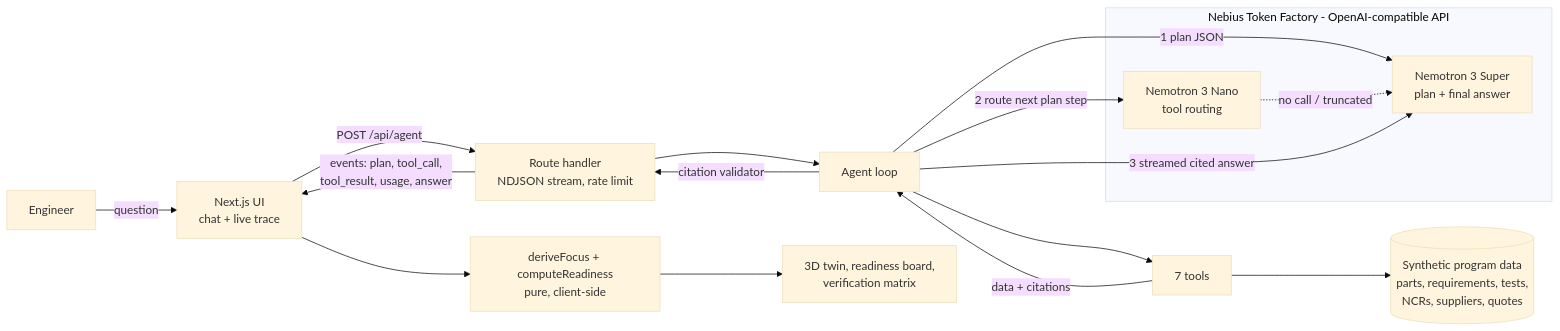
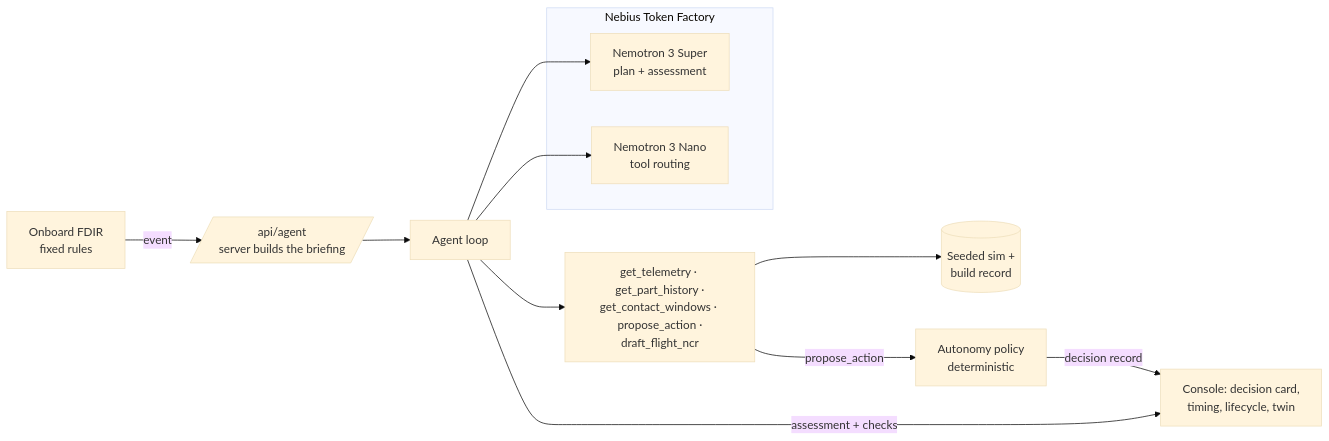
One commit to geobond13/SpaceGrade-Orbital changed the diagram in README.md. Above: the diagram before and after it, drawn with Mermaid (base theme). The commit also changed other lines of this file and 39 other files, not shown here.

````diff
--- a/README.md
+++ b/README.md
@@ -34,24 +53,16 @@
 ```mermaid
 flowchart LR
-  U[Engineer] -->|question| UI[Next.js UI<br/>chat + live trace]
-  UI -->|POST /api/agent| R[Route handler<br/>NDJSON stream, rate limit]
+  FD[Onboard FDIR<br/>fixed rules] -->|event| R[/api/agent<br/>server builds the briefing/]
   R --> L[Agent loop]
-
-  subgraph TF[Nebius Token Factory - OpenAI-compatible API]
-    S[Nemotron 3 Super<br/>plan + final answer]
+  subgraph TF[Nebius Token Factory]
+    S[Nemotron 3 Super<br/>plan + assessment]
     N[Nemotron 3 Nano<br/>tool routing]
   end
-
-  L -->|1 plan JSON| S
-  L -->|2 route next plan step| N
-  N -.->|no call / truncated| S
-  L -->|3 streamed cited answer| S
-
-  L --> T[7 tools]
-  T --> D[(Synthetic program data<br/>parts, requirements, tests,<br/>NCRs, suppliers, quotes)]
-  T -->|data + citations| L
-  L -->|citation validator| R
-  R -->|events: plan, tool_call,<br/>tool_result, usage, answer| UI
-  UI --> F[deriveFocus + computeReadiness<br/>pure, client-side]
-  F --> TW[3D twin, readiness board,<br/>verification matrix]
+  L --> S
+  L --> N
+  L --> T[get_telemetry · get_part_history ·<br/>get_contact_windows · propose_action ·<br/>draft_flight_ncr]
+  T --> SIM[(Seeded sim +<br/>build record)]
+  T -->|propose_action| P[Autonomy policy<br/>deterministic]
+  P -->|decision record| UI[Console: decision card,<br/>timing, lifecycle, twin]
+  L -->|assessment + checks| UI
 ```
````
